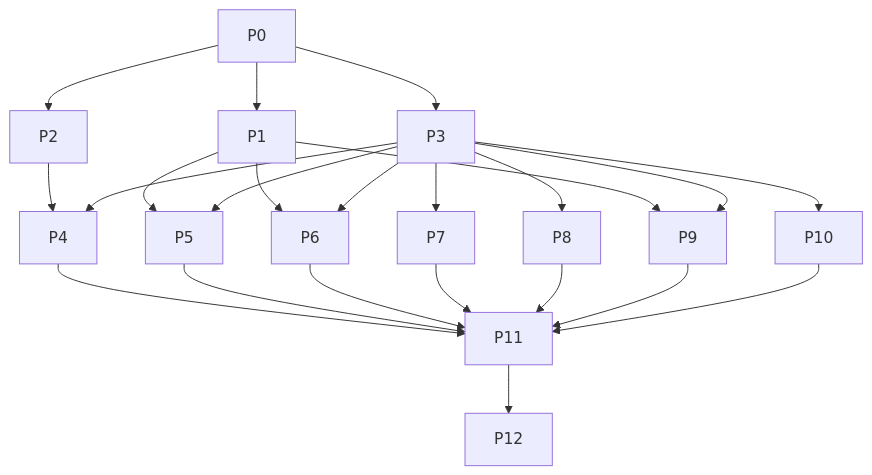
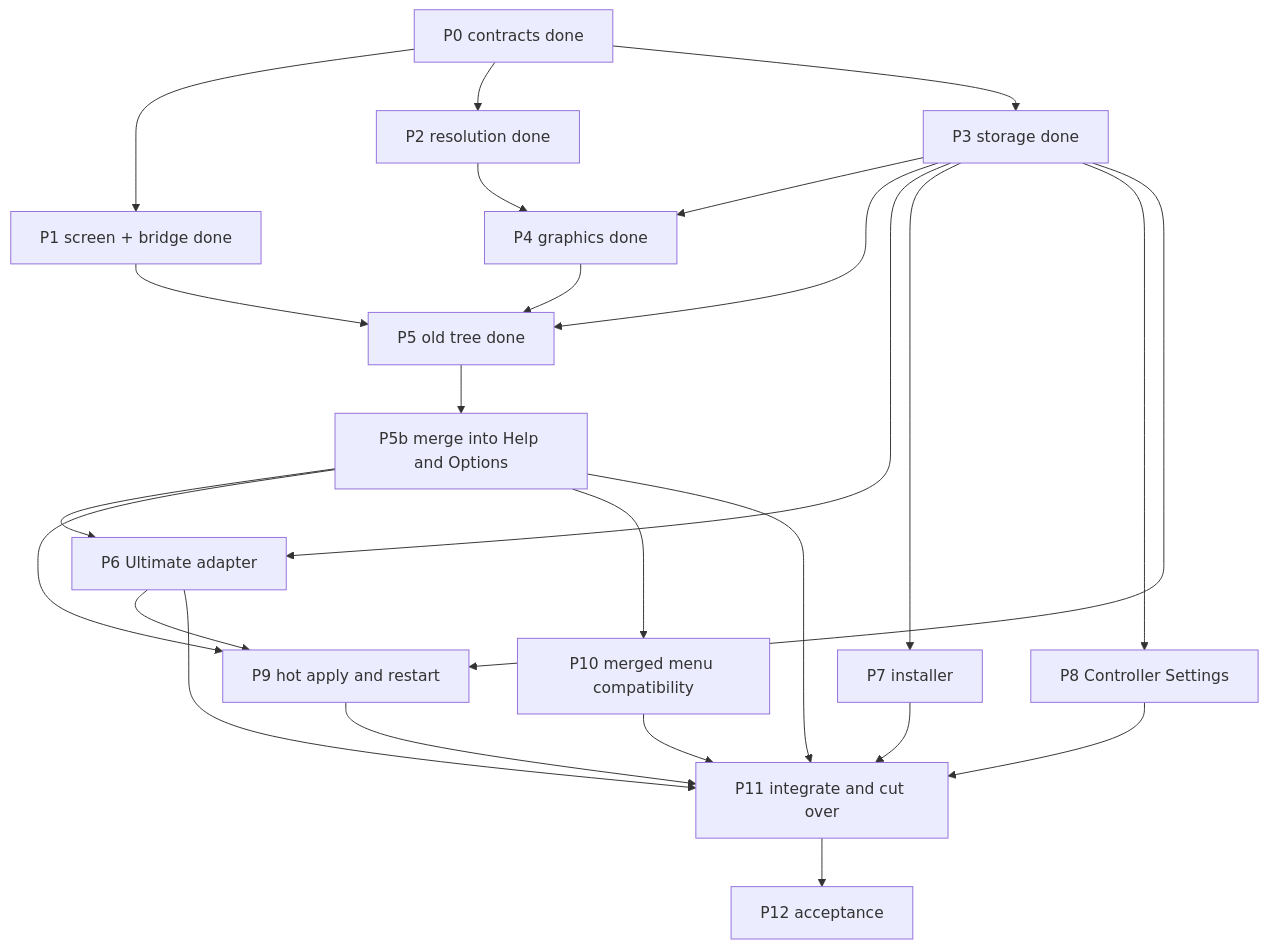
Before and after one commit to gabrielofavero/rb-blitz-xenon-recomp: the second of 2 diagrams in docs/plans/in-game-settings-plan.md, drawn with Mermaid. The commit also changed other lines of this file and 101 other files, not shown here.

````diff
--- a/docs/plans/in-game-settings-plan.md
+++ b/docs/plans/in-game-settings-plan.md
@@ -625,25 +720,27 @@
 ```mermaid
 flowchart TD
-    P0 --> P1
-    P0 --> P2
-    P0 --> P3
-    P2 --> P4
+    P0[P0 contracts done] --> P1[P1 screen + bridge done]
+    P0 --> P2[P2 resolution done]
+    P0 --> P3[P3 storage done]
+    P2 --> P4[P4 graphics done]
     P3 --> P4
-    P1 --> P5
+    P1 --> P5[P5 old tree done]
     P3 --> P5
-    P1 --> P6
+    P4 --> P5
+    P5 --> P5b[P5b merge into Help and Options]
+    P5b --> P6[P6 Ultimate adapter]
+    P5b --> P9[P9 hot apply and restart]
+    P5b --> P10[P10 merged menu compatibility]
+    P5b --> P11[P11 integrate and cut over]
     P3 --> P6
-    P3 --> P7
-    P3 --> P8
-    P1 --> P9
+    P3 --> P7[P7 installer]
+    P3 --> P8[P8 Controller Settings]
     P3 --> P9
-    P3 --> P10
-    P4 --> P11
-    P5 --> P11
+    P6 --> P9
     P6 --> P11
     P7 --> P11
     P8 --> P11
     P9 --> P11
     P10 --> P11
-    P11 --> P12
+    P11 --> P12[P12 acceptance]
 ```
````
